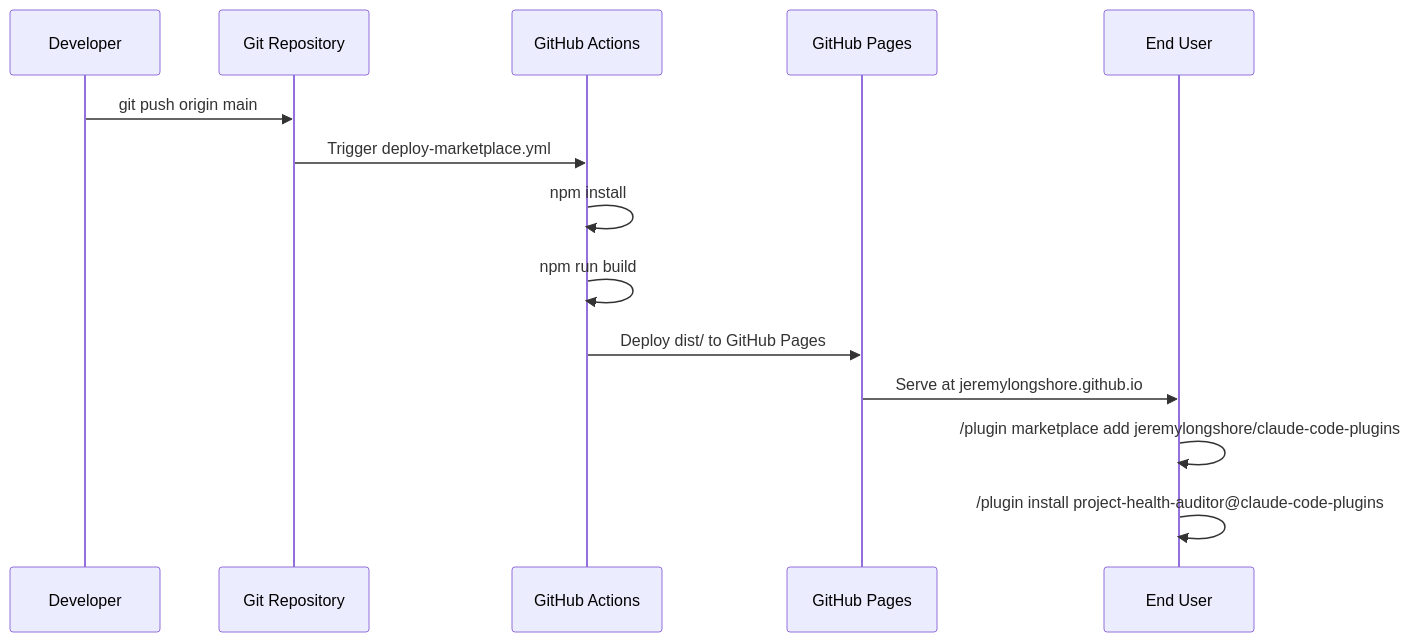
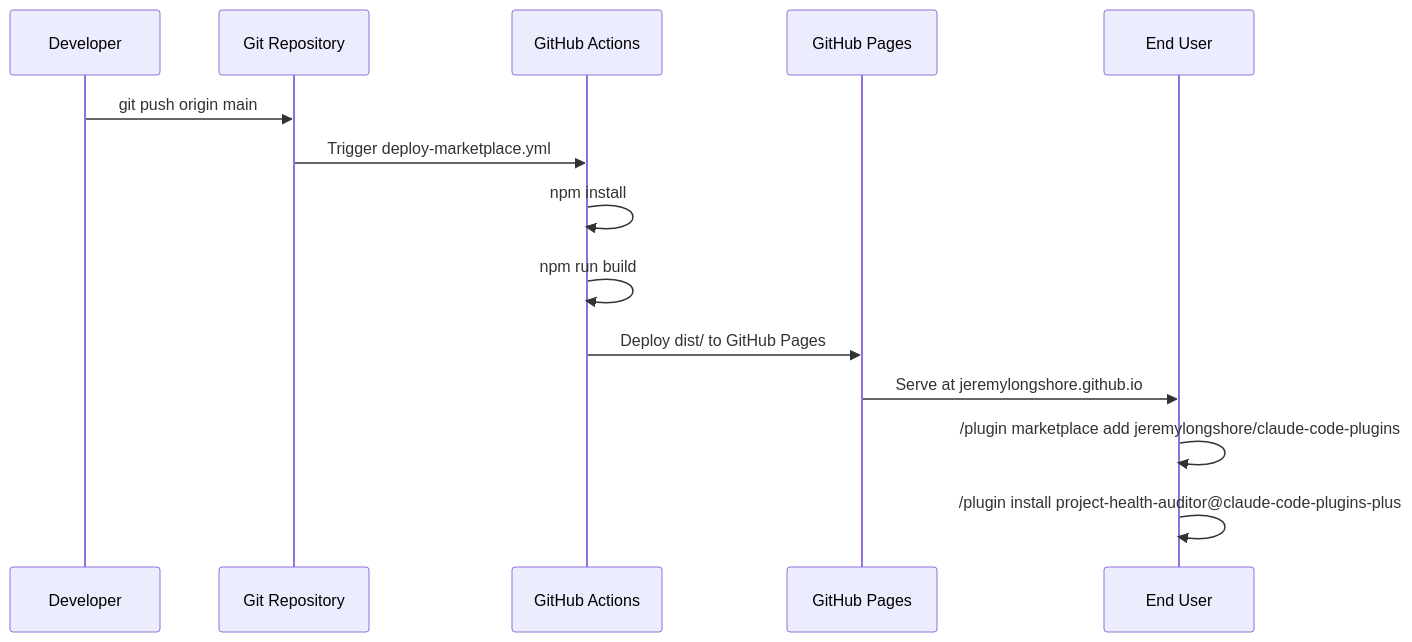
The fourth of 6 diagrams in archive/development-docs/RELEASE-PLAN.md (jeremylongshore/claude-code-plugins-plus), drawn with Mermaid before and after one commit. The commit also changed other lines of this file and 493 other files, not shown here.

````diff
--- a/archive/development-docs/RELEASE-PLAN.md
+++ b/archive/development-docs/RELEASE-PLAN.md
@@ -203,17 +203,17 @@
 ```mermaid
 sequenceDiagram
     participant Dev as Developer
     participant Git as Git Repository
     participant Actions as GitHub Actions
     participant Pages as GitHub Pages
     participant User as End User
 
     Dev->>Git: git push origin main
     Git->>Actions: Trigger deploy-marketplace.yml
     Actions->>Actions: npm install
     Actions->>Actions: npm run build
     Actions->>Pages: Deploy dist/ to GitHub Pages
     Pages->>User: Serve at jeremylongshore.github.io
     User->>User: /plugin marketplace add jeremylongshore/claude-code-plugins
-    User->>User: /plugin install project-health-auditor@claude-code-plugins
+    User->>User: /plugin install project-health-auditor@claude-code-plugins-plus
 ```
````
